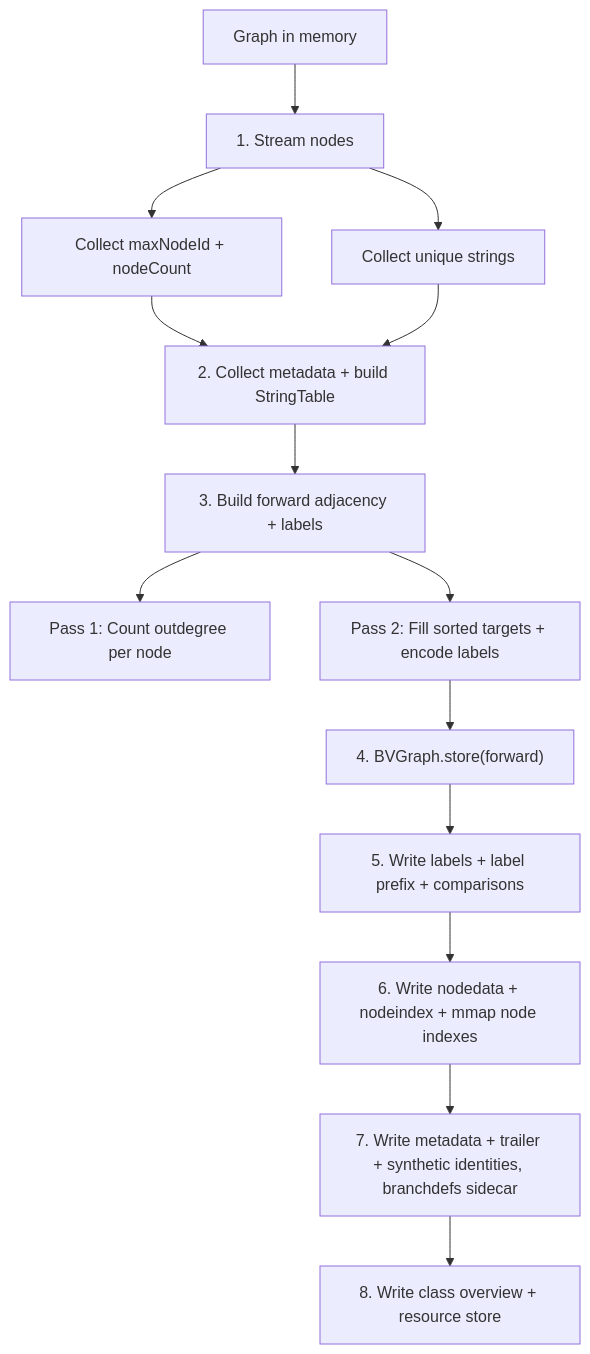
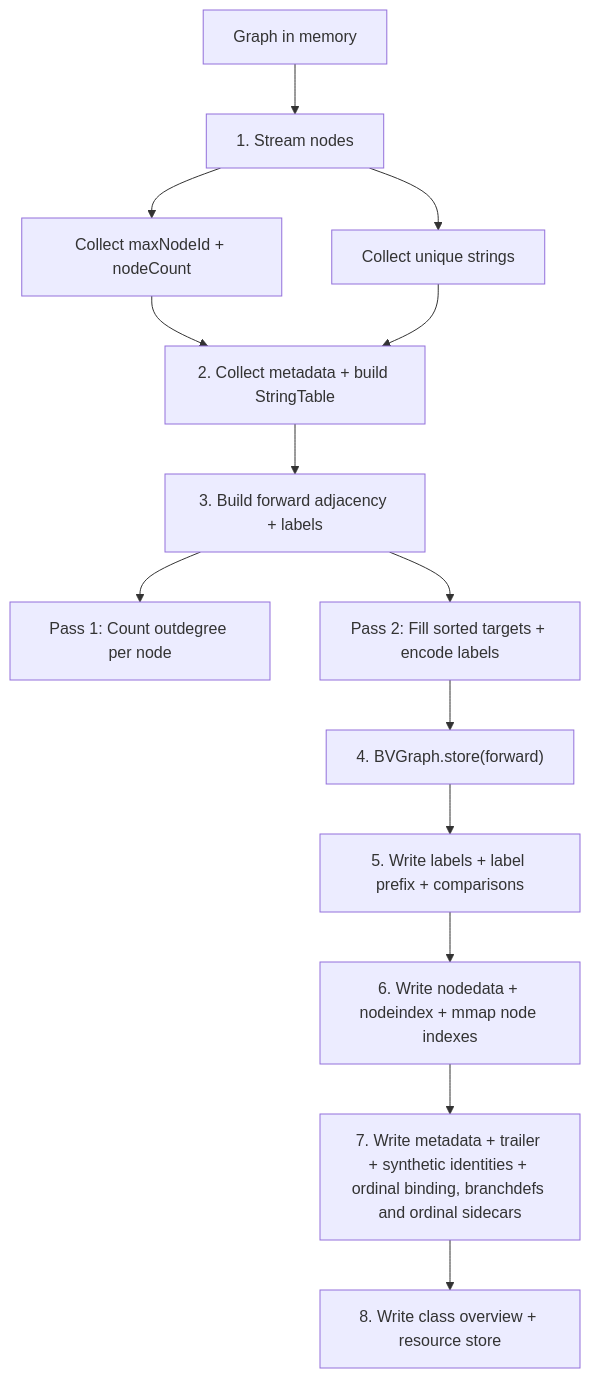
One commit to johnsonlee/graphite changed the first of 2 diagrams in docs/webgraph-storage.md. Above: the diagram before and after it, drawn with Mermaid. The commit also changed other lines of this file and 57 other files, not shown here.

````diff
--- a/docs/webgraph-storage.md
+++ b/docs/webgraph-storage.md
@@ -163,15 +197,15 @@
 ```mermaid
 graph TD
     A[Graph in memory] --> B[1. Stream nodes]
     B --> B1[Collect maxNodeId + nodeCount]
     B --> B2[Collect unique strings]
     B1 & B2 --> C[2. Collect metadata + build StringTable]
     C --> D["3. Build forward adjacency + labels"]
     D --> D1["Pass 1: Count outdegree per node"]
     D --> D2["Pass 2: Fill sorted targets + encode labels"]
     D2 --> E["4. BVGraph.store(forward)"]
     E --> F[5. Write labels + label prefix + comparisons]
     F --> G["6. Write nodedata + nodeindex + mmap node indexes"]
-    G --> H[7. Write metadata + trailer + synthetic identities, branchdefs sidecar]
+    G --> H[7. Write metadata + trailer + synthetic identities + ordinal binding, branchdefs and ordinal sidecars]
     H --> I[8. Write class overview + resource store]
 ```
````
